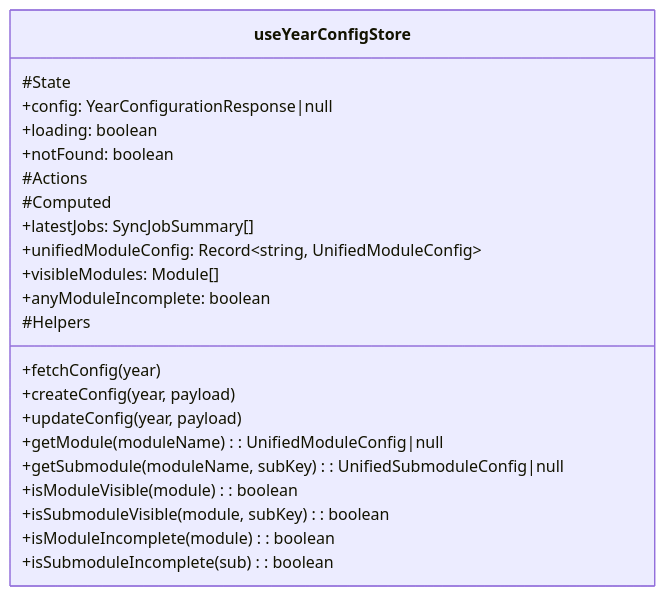
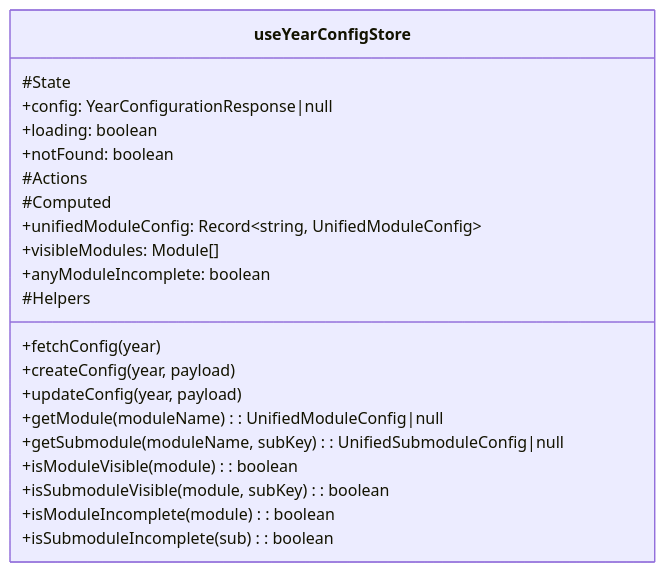
The eighth of 18 diagrams in frontend/src/pages/back-office/data-management.md (EPFL-ENAC/co2-calculator), drawn with Mermaid before and after one commit. The commit also changed other lines of this file, not shown here.

First line of the commit message:
docs(data-management): update architecture docs for common uploads, cancel, and job enrichment

````diff
--- a/frontend/src/pages/back-office/data-management.md
+++ b/frontend/src/pages/back-office/data-management.md
@@ -281,28 +282,27 @@
 ```mermaid
 classDiagram
     class useYearConfigStore {
         #State
         +config: YearConfigurationResponse|null
         +loading: boolean
         +notFound: boolean
 
         #Actions
         +fetchConfig(year)
         +createConfig(year, payload)
         +updateConfig(year, payload)
 
         #Computed
-        +latestJobs: SyncJobSummary[]
         +unifiedModuleConfig: Record~string, UnifiedModuleConfig~
         +visibleModules: Module[]
         +anyModuleIncomplete: boolean
 
         #Helpers
         +getModule(moduleName): UnifiedModuleConfig|null
         +getSubmodule(moduleName, subKey): UnifiedSubmoduleConfig|null
         +isModuleVisible(module): boolean
         +isSubmoduleVisible(module, subKey): boolean
         +isModuleIncomplete(module): boolean
         +isSubmoduleIncomplete(sub): boolean
     }
 ```
````
